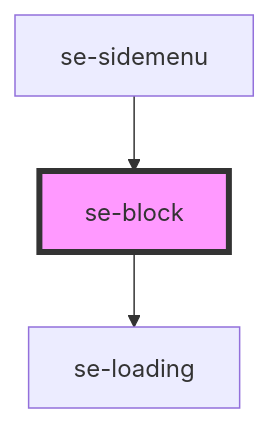
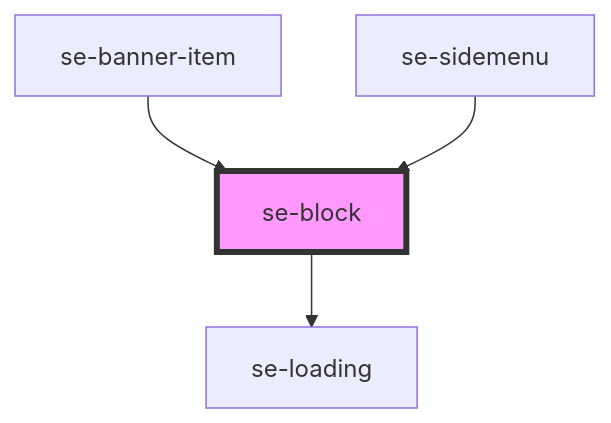
The diagram in src-core/src/components/block/readme.md (robbiemcmullense/se-web-ui), drawn with Mermaid before and after one commit. The commit also changed other lines of this file and 35 other files, not shown here.

Commit message:
initial setup of banner, banner-item components

````diff
--- a/src-core/src/components/block/readme.md
+++ b/src-core/src/components/block/readme.md
@@ -32,6 +33,7 @@
 ```mermaid
 graph TD;
   se-block --> se-loading
+  se-banner-item --> se-block
   se-sidemenu --> se-block
   style se-block fill:#f9f,stroke:#333,stroke-width:4px
 ```
````
